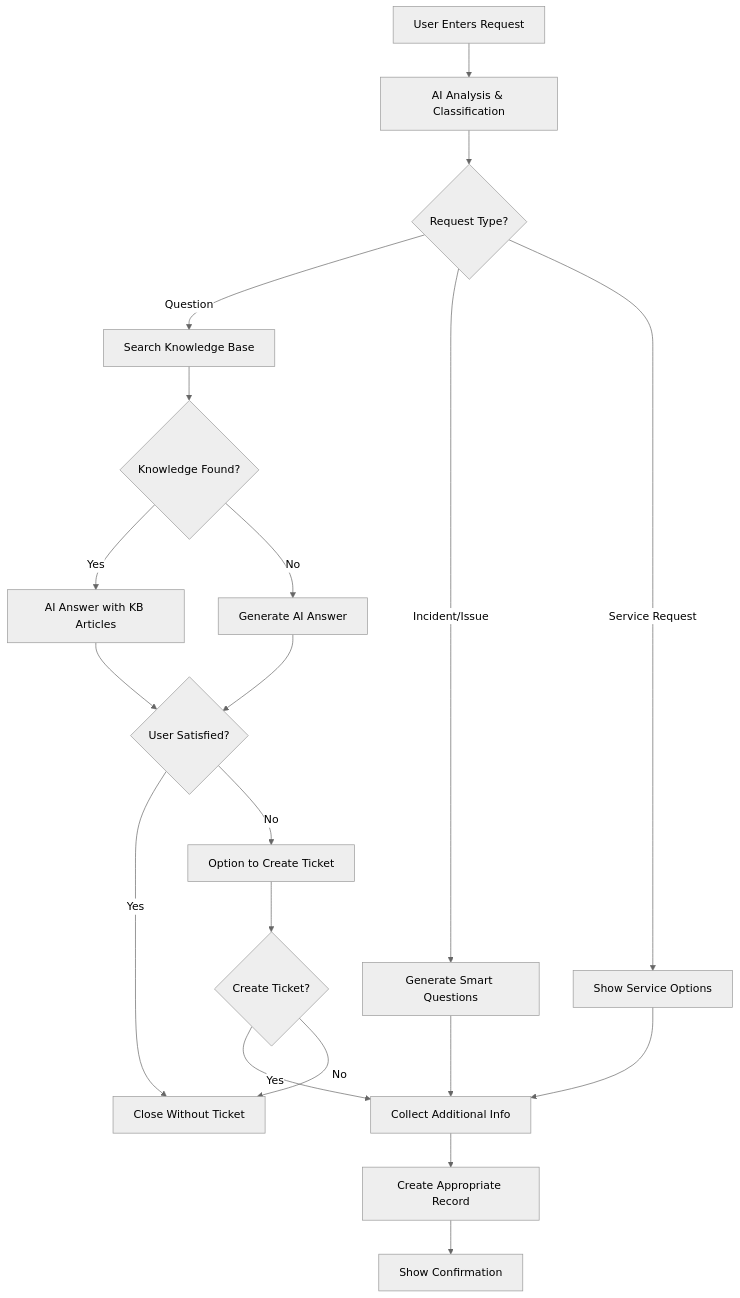
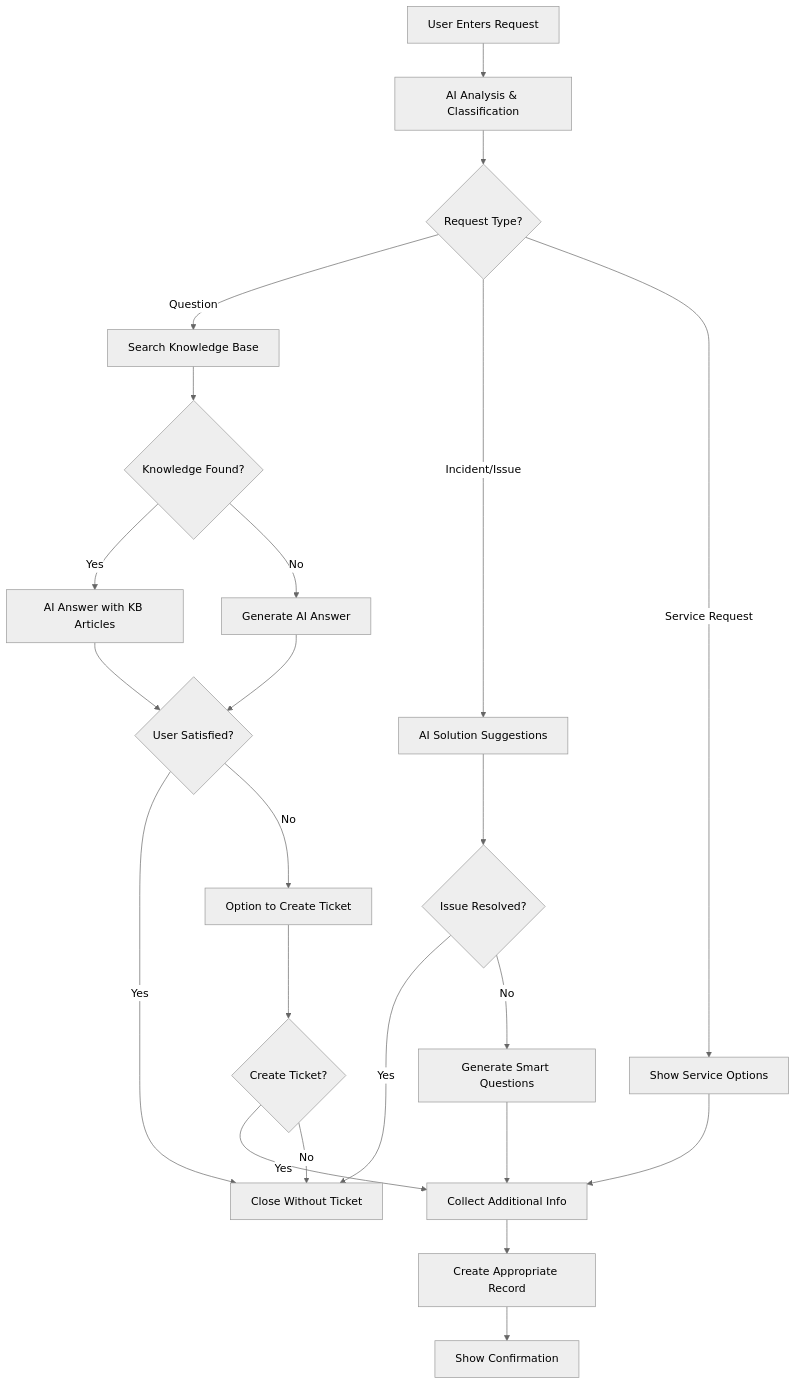
Before and after one commit to groeimetai/servicenow-ai-universal-request-widget: the diagram in README.md, drawn with Mermaid (neutral theme).

Commit message:
Added AI Solution Suggestions step for Incidents/Issues in flow
Updated Request Flow to show complete path:
- Questions: KB search → AI answer
- Incidents/Issues: AI solution suggestions → Smart questions (if not resolved)
- Service Requests: Service options → Additional info

Now accurately reflects the self-service first approach where AI tries to solve issues before creating tickets

````diff
--- a/README.md
+++ b/README.md
@@ -104,22 +104,25 @@
 ```mermaid
 graph TD
     A[User Enters Request] --> B[AI Analysis & Classification]
     B --> C{Request Type?}
     C -->|Question| D[Search Knowledge Base]
-    C -->|Incident/Issue| E[Generate Smart Questions]
+    C -->|Incident/Issue| E[AI Solution Suggestions]
     C -->|Service Request| F[Show Service Options]
     D --> G{Knowledge Found?}
     G -->|Yes| H[AI Answer with KB Articles]
     G -->|No| I[Generate AI Answer]
     H --> J{User Satisfied?}
     I --> J
-    J -->|Yes| K[Close Without Ticket]
-    J -->|No| L[Option to Create Ticket]
-    E --> M[Collect Additional Info]
-    F --> M
-    M --> N[Create Appropriate Record]
-    N --> O[Show Confirmation]
-    L --> P{Create Ticket?}
-    P -->|Yes| M
-    P -->|No| K
+    E --> K{Issue Resolved?}
+    K -->|Yes| L[Close Without Ticket]
+    K -->|No| M[Generate Smart Questions]
+    J -->|Yes| L
+    J -->|No| N[Option to Create Ticket]
+    M --> O[Collect Additional Info]
+    F --> O
+    O --> P[Create Appropriate Record]
+    P --> Q[Show Confirmation]
+    N --> R{Create Ticket?}
+    R -->|Yes| O
+    R -->|No| L
 ```
````
